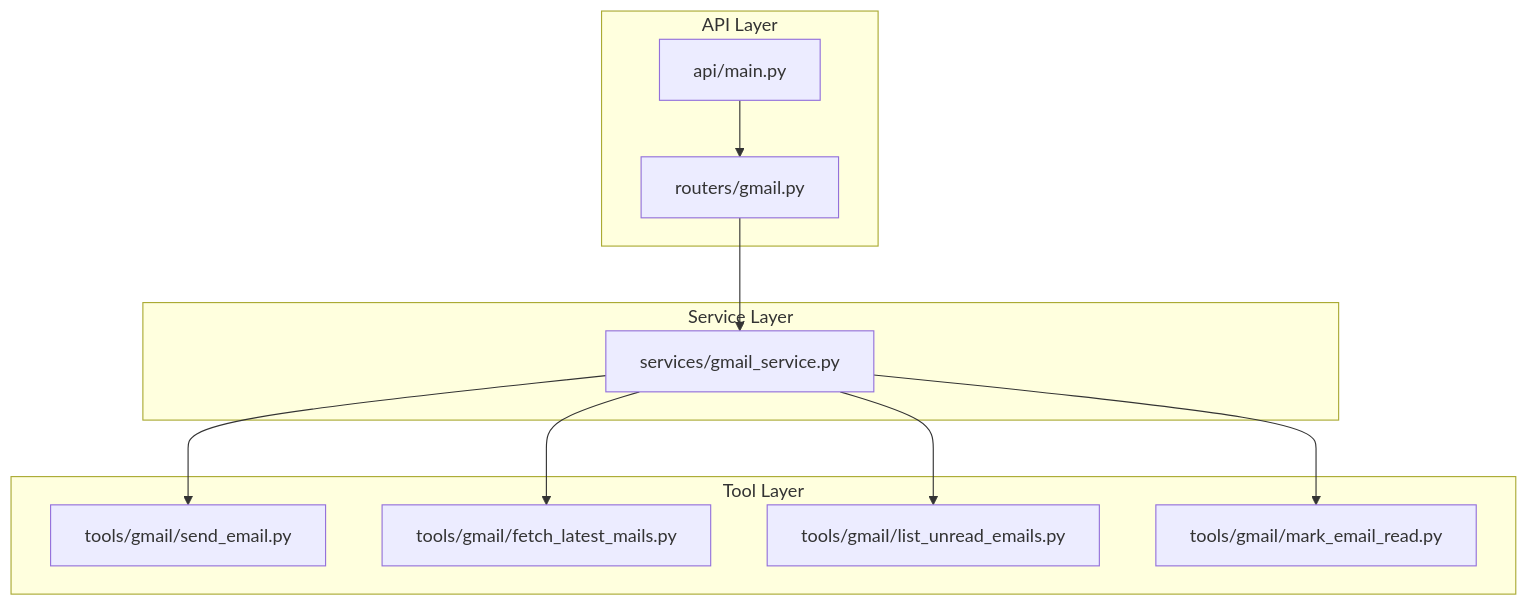
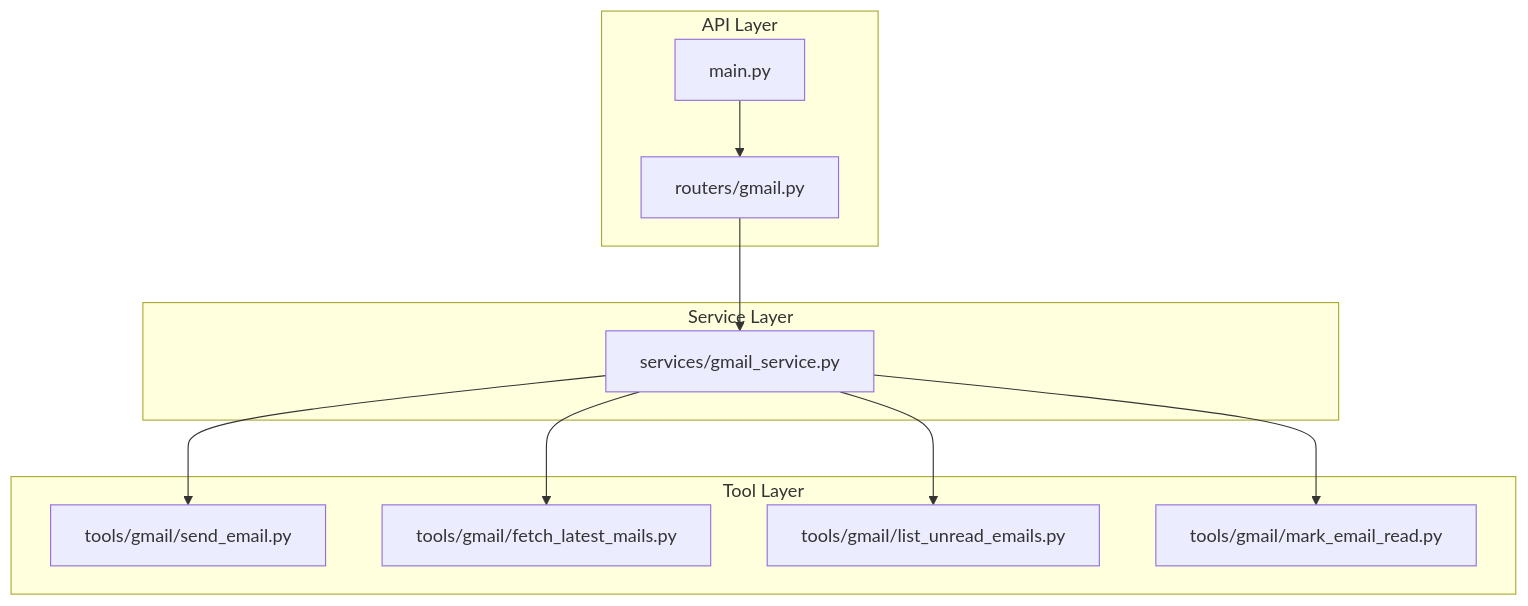
The first of 3 diagrams in src/data/docs/agentic-browser/API Server/Gmail Integration API.md (tashifkhan/tashif.codes), drawn with Mermaid before and after one commit. The commit also changed other lines of this file and 2128 other files, not shown here.

First line of the commit message:
docs: replace raster diagram images with native Mermaid across project guides

````diff
--- a/src/data/docs/agentic-browser/API Server/Gmail Integration API.md
+++ b/src/data/docs/agentic-browser/API Server/Gmail Integration API.md
@@ -13,22 +13,22 @@
 ```mermaid
 graph TB
 subgraph "API Layer"
 R["routers/gmail.py"]
-M["api/main.py"]
+M["main.py"]
 end
 subgraph "Service Layer"
 S["services/gmail_service.py"]
 end
 subgraph "Tool Layer"
 T1["tools/gmail/send_email.py"]
 T2["tools/gmail/fetch_latest_mails.py"]
 T3["tools/gmail/list_unread_emails.py"]
 T4["tools/gmail/mark_email_read.py"]
 end
 M --> R
 R --> S
 S --> T1
 S --> T2
 S --> T3
 S --> T4
 ```
````
